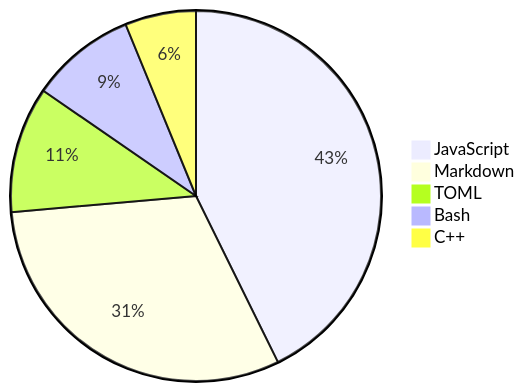
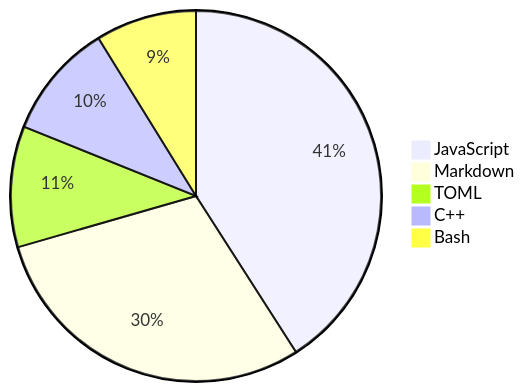
Before and after one commit to Alicia111/alicia111: the diagram in README.md, drawn with Mermaid.

Commit message:
Update WakaTime stats (・ω・)b

````diff
--- a/README.md
+++ b/README.md
@@ -32,8 +32,8 @@
 ```mermaid
 pie
-    "JavaScript" : 38.66
-    "Markdown" : 27.97
-    "TOML" : 9.96
-    "Bash" : 8.32
-    "C++" : 5.61
+    "JavaScript" : 37.2
+    "Markdown" : 26.91
+    "TOML" : 9.59
+    "C++" : 9.17
+    "Bash" : 8.01
 ```
````
